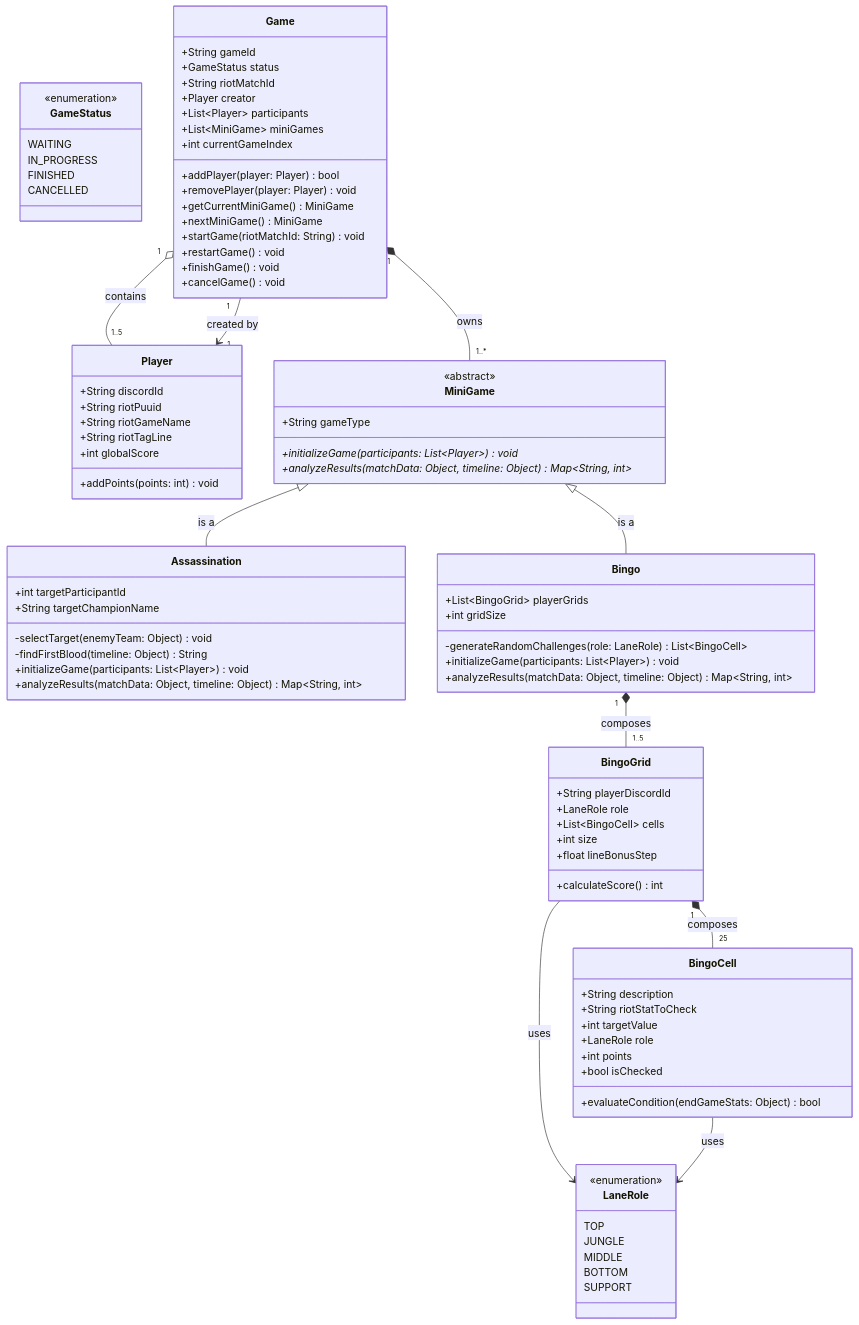
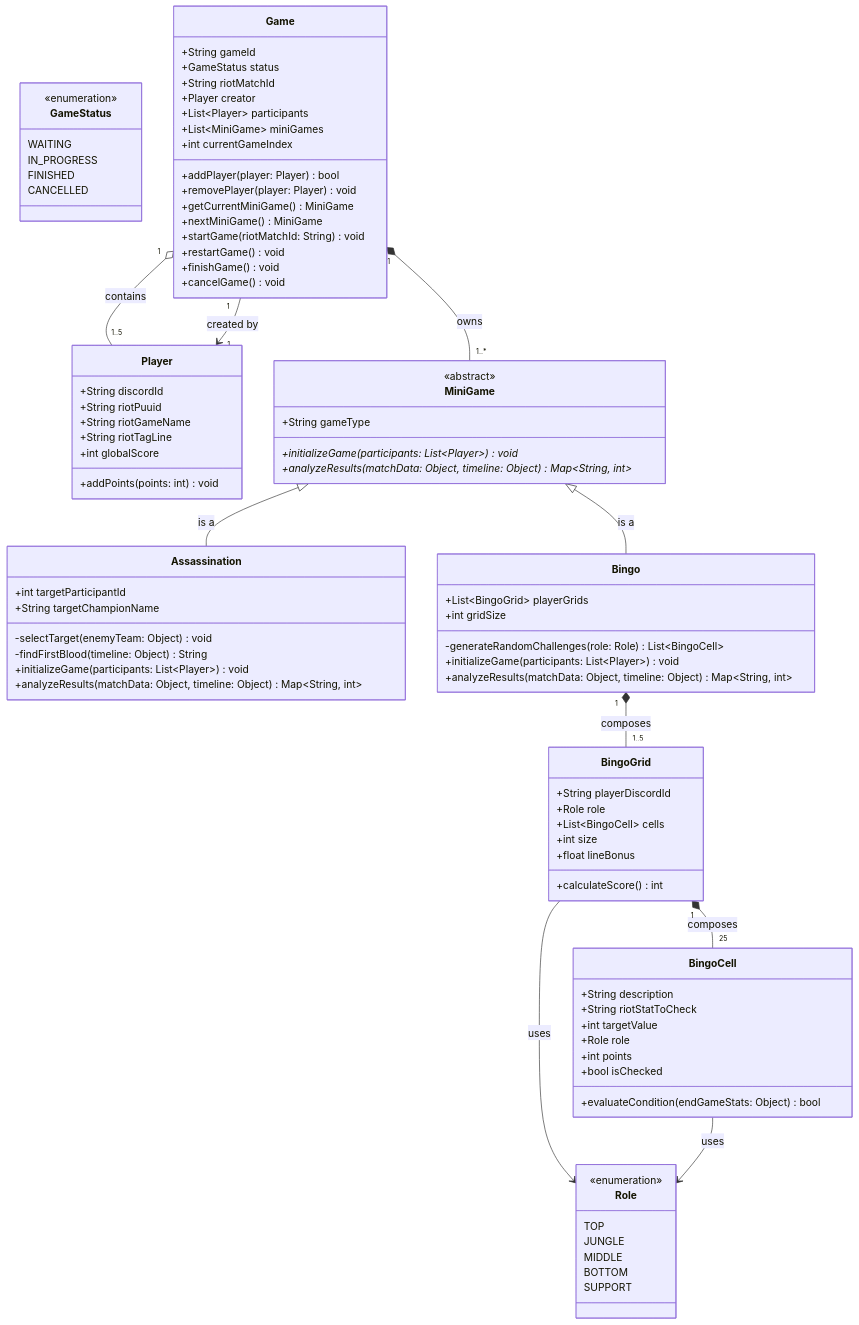
Before and after one commit to Jonas0o0/LolMiniGame: the diagram in Achitecture/UML.md, drawn with Mermaid. The commit also changed 2 other files, not shown here.

Commit message:
feat (domain) : BingoGrid now builds the grid

````diff
--- a/Achitecture/UML.md
+++ b/Achitecture/UML.md
@@ -9,7 +9,7 @@
         CANCELLED
     }
 
-    class LaneRole {
+    class Role {
         <<enumeration>>
         TOP
         JUNGLE
@@ -64,17 +64,17 @@
     class Bingo {
         +List~BingoGrid~ playerGrids
         +int gridSize
-        -generateRandomChallenges(role: LaneRole) List~BingoCell~
+        -generateRandomChallenges(role: Role) List~BingoCell~
         +initializeGame(participants: List~Player~) void
         +analyzeResults(matchData: Object, timeline: Object) Map~String, int~
     }
 
     class BingoGrid {
         +String playerDiscordId
-        +LaneRole role
+        +Role role
         +List~BingoCell~ cells
         +int size
-        +float lineBonusStep
+        +float lineBonus
         +calculateScore() int
     }
 
@@ -82,7 +82,7 @@
         +String description
         +String riotStatToCheck
         +int targetValue
-        +LaneRole role
+        +Role role
         +int points
         +bool isChecked
         +evaluateCondition(endGameStats: Object) bool
@@ -97,6 +97,6 @@
 
     Bingo "1" *-- "1..5" BingoGrid : composes
     BingoGrid "1" *-- "25" BingoCell : composes
-    BingoGrid --> LaneRole : uses
-    BingoCell --> LaneRole : uses
+    BingoGrid --> Role : uses
+    BingoCell --> Role : uses
 ```
````
